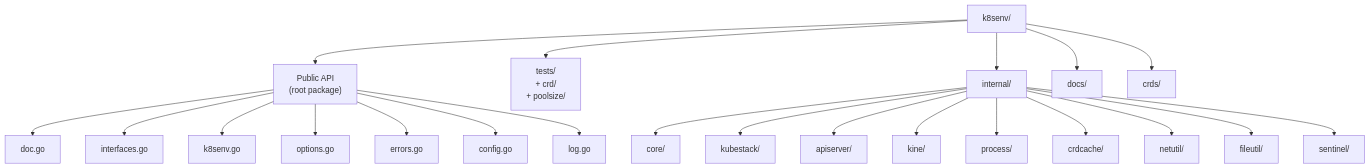
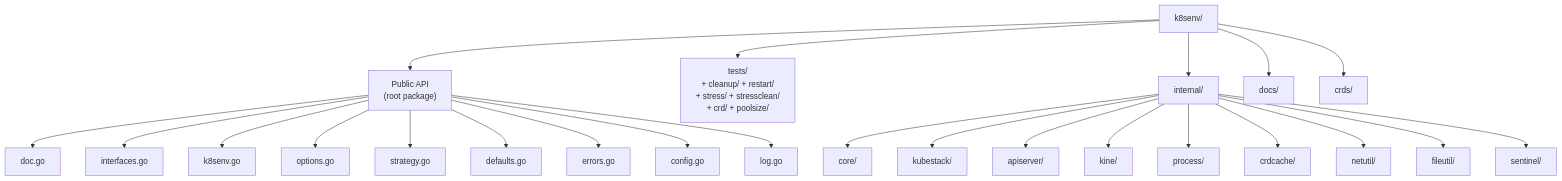
Before and after one commit to giantswarm/k8senv: the diagram in docs/reference/directory-structure.md, drawn with Mermaid. The commit also changed other lines of this file and 43 other files, not shown here.

````diff
--- a/docs/reference/directory-structure.md
+++ b/docs/reference/directory-structure.md
@@ -5,26 +5,28 @@
 ```mermaid
 flowchart TD
     Root["k8senv/"] --> Public["Public API\n(root package)"]
-    Root --> Tests["tests/\n+ crd/\n+ poolsize/"]
+    Root --> Tests["tests/\n+ cleanup/ + restart/\n+ stress/ + stressclean/\n+ crd/ + poolsize/"]
     Root --> Internal["internal/"]
     Root --> Docs["docs/"]
     Root --> CRDs["crds/"]
 
     Public --> doc["doc.go"]
     Public --> ifaces["interfaces.go"]
     Public --> factory["k8senv.go"]
     Public --> opts["options.go"]
+    Public --> strat["strategy.go"]
+    Public --> defs["defaults.go"]
     Public --> errs["errors.go"]
     Public --> cfg["config.go"]
     Public --> log["log.go"]
 
     Internal --> Core["core/"]
     Internal --> KubeStack["kubestack/"]
     Internal --> APIServerPkg["apiserver/"]
     Internal --> KinePkg["kine/"]
     Internal --> Process["process/"]
     Internal --> CRDCachePkg["crdcache/"]
     Internal --> NetUtil["netutil/"]
     Internal --> FileUtil["fileutil/"]
     Internal --> Sentinel["sentinel/"]
 ```
````
